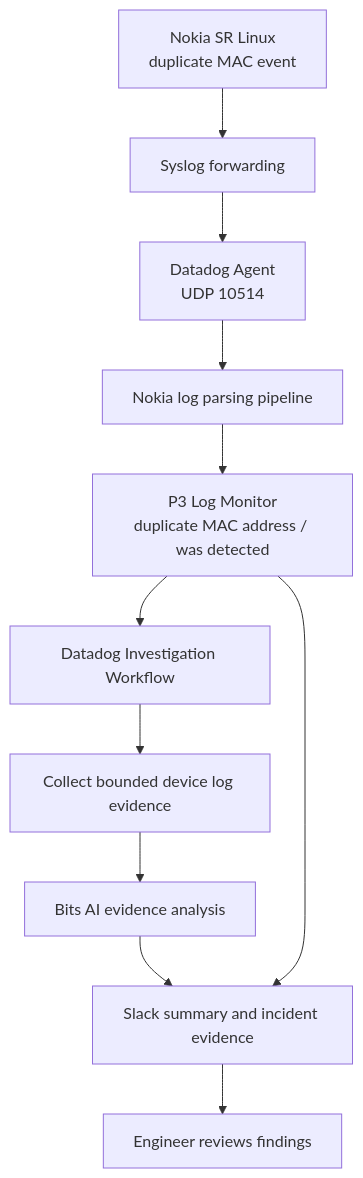
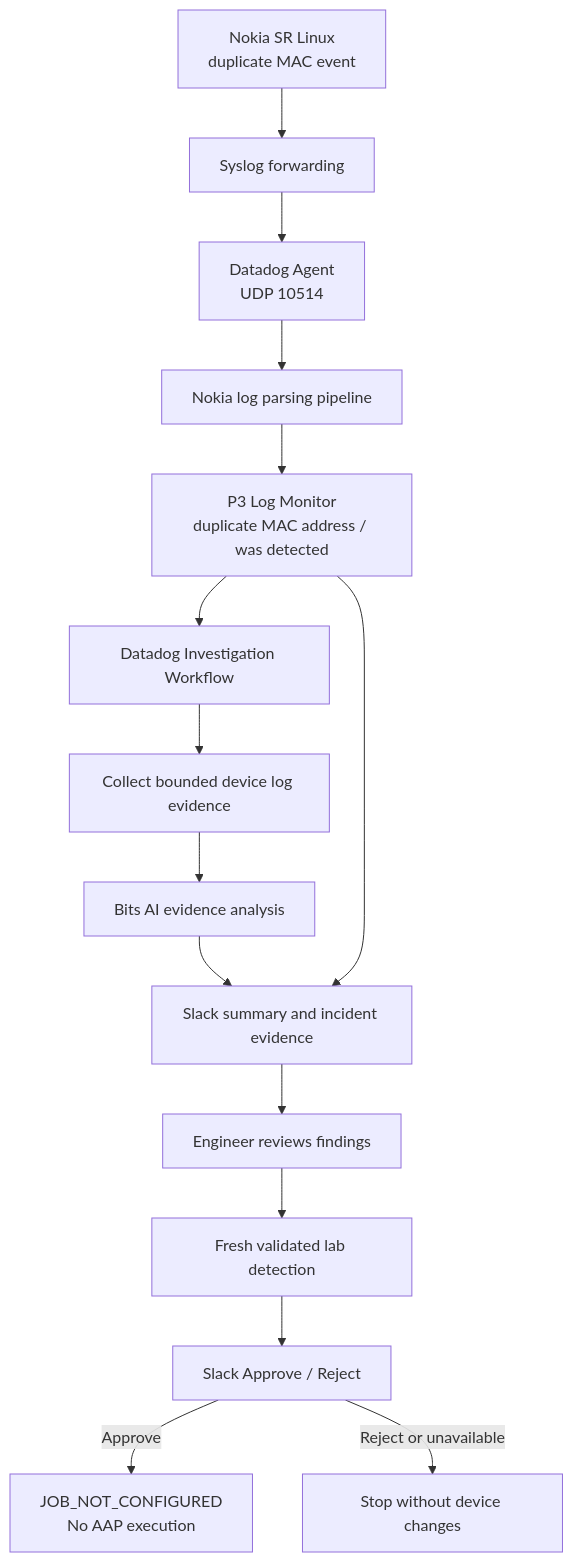
Before and after one commit to avecenabasuni/mac-flapping-aiops: the second of 3 diagrams in README.md, drawn with Mermaid. The commit also changed other lines of this file and 6 other files, not shown here.

Commit message:
Add Slack approval decision with inactive AAP placeholder

````diff
--- a/README.md
+++ b/README.md
@@ -50,13 +50,17 @@
 ```mermaid
 flowchart TD
     SW["Nokia SR Linux<br/>duplicate MAC event"] --> SYS["Syslog forwarding"]
     SYS --> AGENT["Datadog Agent<br/>UDP 10514"]
     AGENT --> PIPE["Nokia log parsing pipeline"]
     PIPE --> MON["P3 Log Monitor<br/>duplicate MAC address / was detected"]
     MON --> INVEST["Datadog Investigation Workflow"]
     INVEST --> FETCH["Collect bounded device log evidence"]
     FETCH --> AI["Bits AI evidence analysis"]
     AI --> SLACK["Slack summary and incident evidence"]
     MON --> SLACK
     SLACK --> HUMAN["Engineer reviews findings"]
+    HUMAN --> GATE["Fresh validated lab detection"]
+    GATE --> DECISION["Slack Approve / Reject"]
+    DECISION -->|Approve| PLACEHOLDER["JOB_NOT_CONFIGURED<br/>No AAP execution"]
+    DECISION -->|Reject or unavailable| STOP["Stop without device changes"]
 ```
````
